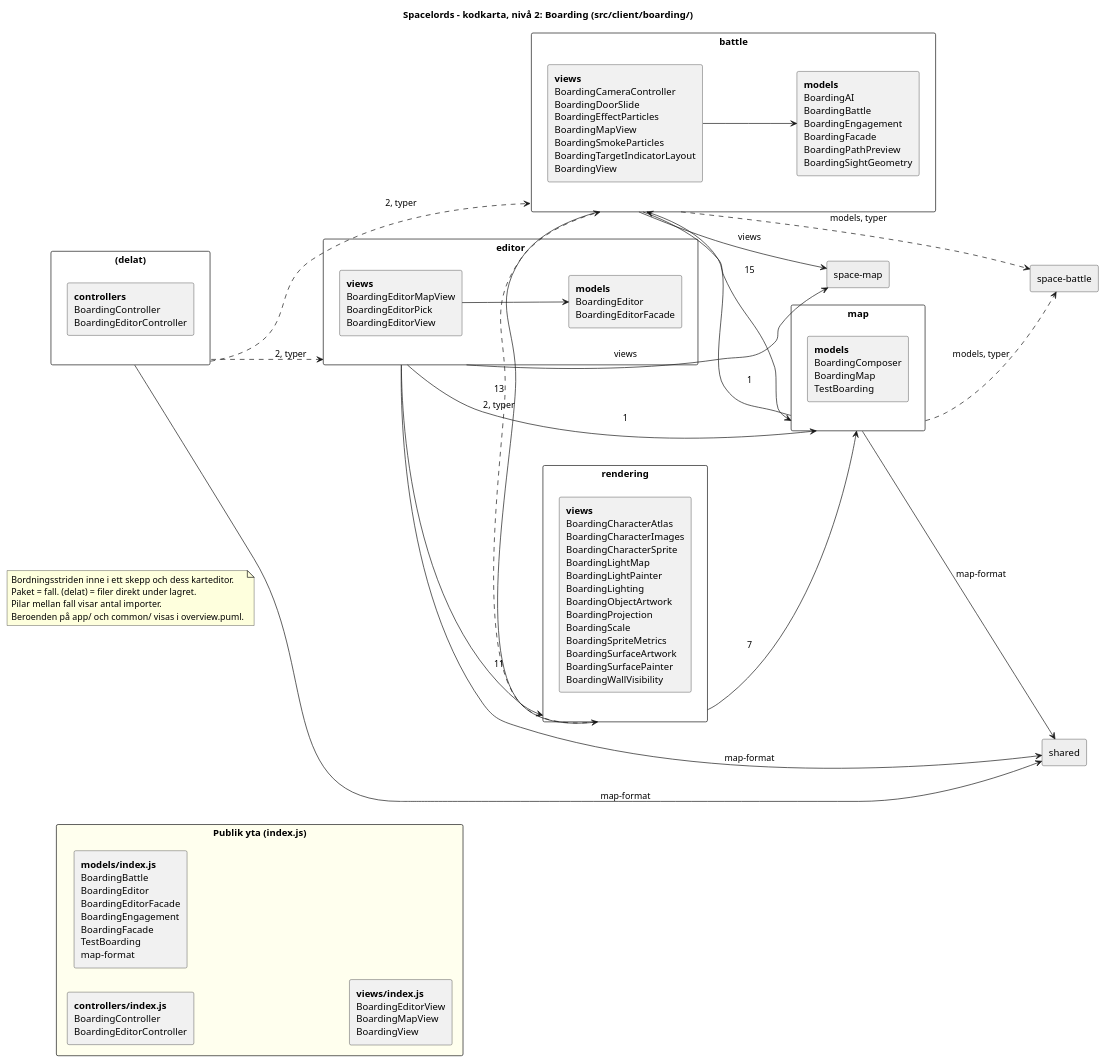
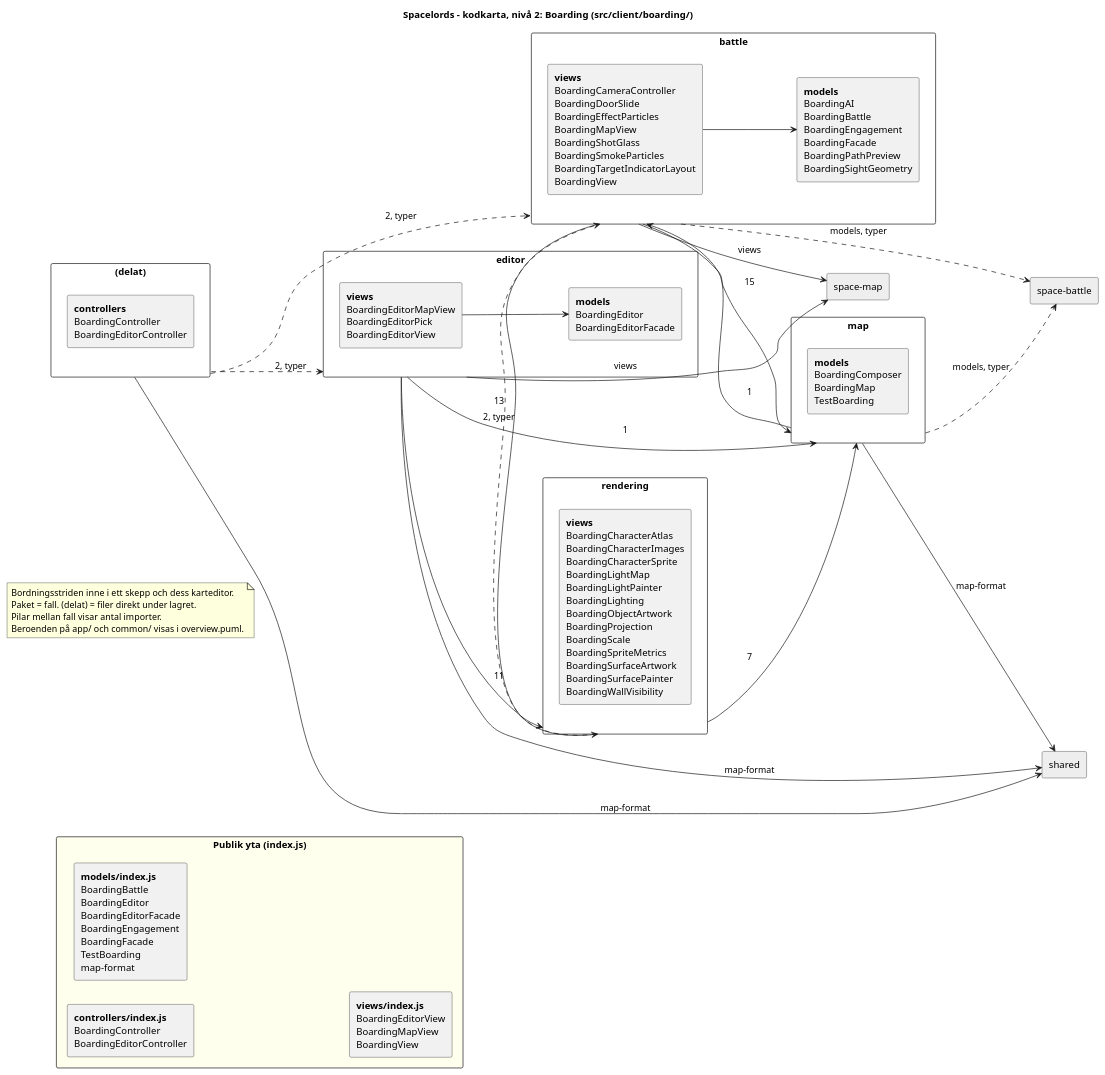
Before and after one commit to dntoll/spacelords: the diagram in docs/architecture/boarding.puml, drawn with PlantUML. The commit also changed 11 other files, not shown here.

First line of the commit message:
Break glass the moment the animated shot passes it

```diff
--- a/docs/architecture/boarding.puml
+++ b/docs/architecture/boarding.puml
@@ -1,57 +1,57 @@
 @startuml
 ' Generated by scripts/architecture-map.mjs from architecture.config.mjs and
 ' the imports in src/. Do not edit by hand; run npm run architecture:map.
 title Spacelords – kodkarta, nivå 2: Boarding (src/client/boarding/)
 skinparam packageStyle rectangle
 skinparam shadowing false
 left to right direction
 note as about
   Bordningsstriden inne i ett skepp och dess karteditor.
   Paket = fall. (delat) = filer direkt under lagret.
   Pilar mellan fall visar antal importer.
   Beroenden på app/ och common/ visas i overview.puml.
 end note
 package "Publik yta (index.js)" as public_surface #FFFFEE {
   rectangle "<b>controllers/index.js</b>\nBoardingController\nBoardingEditorController" as public__controllers
   rectangle "<b>models/index.js</b>\nBoardingBattle\nBoardingEditor\nBoardingEditorFacade\nBoardingEngagement\nBoardingFacade\nTestBoarding\nmap-format" as public__models
   rectangle "<b>views/index.js</b>\nBoardingEditorView\nBoardingMapView\nBoardingView" as public__views
 }
 package "(delat)" as boarding___delat_ {
   rectangle "<b>controllers</b>\nBoardingController\nBoardingEditorController" as boarding___delat___controllers
 }
 package "battle" as boarding__battle {
   rectangle "<b>models</b>\nBoardingAI\nBoardingBattle\nBoardingEngagement\nBoardingFacade\nBoardingPathPreview\nBoardingSightGeometry" as boarding__battle__models
-  rectangle "<b>views</b>\nBoardingCameraController\nBoardingDoorSlide\nBoardingEffectParticles\nBoardingMapView\nBoardingSmokeParticles\nBoardingTargetIndicatorLayout\nBoardingView" as boarding__battle__views
+  rectangle "<b>views</b>\nBoardingCameraController\nBoardingDoorSlide\nBoardingEffectParticles\nBoardingMapView\nBoardingShotGlass\nBoardingSmokeParticles\nBoardingTargetIndicatorLayout\nBoardingView" as boarding__battle__views
 }
 package "editor" as boarding__editor {
   rectangle "<b>models</b>\nBoardingEditor\nBoardingEditorFacade" as boarding__editor__models
   rectangle "<b>views</b>\nBoardingEditorMapView\nBoardingEditorPick\nBoardingEditorView" as boarding__editor__views
 }
 package "map" as boarding__map {
   rectangle "<b>models</b>\nBoardingComposer\nBoardingMap\nTestBoarding" as boarding__map__models
 }
 package "rendering" as boarding__rendering {
   rectangle "<b>views</b>\nBoardingCharacterAtlas\nBoardingCharacterImages\nBoardingCharacterSprite\nBoardingLightMap\nBoardingLightPainter\nBoardingLighting\nBoardingObjectArtwork\nBoardingProjection\nBoardingScale\nBoardingSpriteMetrics\nBoardingSurfaceArtwork\nBoardingSurfacePainter\nBoardingWallVisibility" as boarding__rendering__views
 }
 rectangle "shared" as ext__shared #EEEEEE
 rectangle "space-battle" as ext__space_battle #EEEEEE
 rectangle "space-map" as ext__space_map #EEEEEE
 boarding__battle__views --> boarding__battle__models
 boarding__editor__views --> boarding__editor__models
 boarding___delat_ ..> boarding__battle : 2, typer
 boarding___delat_ ..> boarding__editor : 2, typer
 boarding__battle --> boarding__map : 15
 boarding__battle --> boarding__rendering : 13
 boarding__editor --> boarding__map : 1
 boarding__editor --> boarding__rendering : 11
 boarding__map --> boarding__battle : 1
 boarding__rendering ..> boarding__battle : 2, typer
 boarding__rendering --> boarding__map : 7
 boarding___delat_ --> ext__shared : map-format
 boarding__battle ..> ext__space_battle : models, typer
 boarding__battle --> ext__space_map : views
 boarding__editor --> ext__shared : map-format
 boarding__editor --> ext__space_map : views
 boarding__map --> ext__shared : map-format
 boarding__map ..> ext__space_battle : models, typer
 @enduml
```
